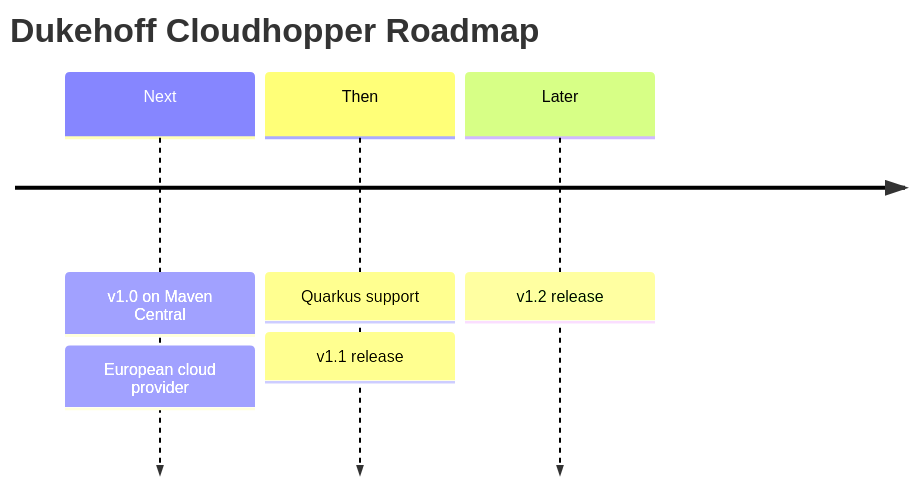
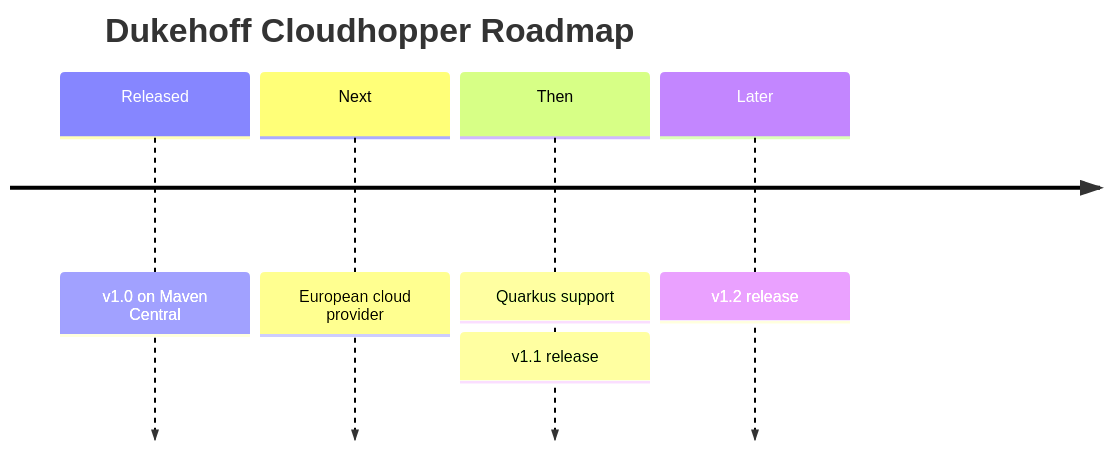
Before and after one commit to dukehoff-gmbh/dukehoff-cloudhopper: the diagram in docs/docs/roadmap.mdx, drawn with Mermaid. The commit also changed 3 other files, not shown here.

First line of the commit message:
Website: 1.0.1 is on Maven Central

````diff
--- a/docs/docs/roadmap.mdx
+++ b/docs/docs/roadmap.mdx
@@ -11,9 +11,9 @@
 ```mermaid
 timeline
   title Dukehoff Cloudhopper Roadmap
-  Next : v1.0 on Maven Central
-       : European cloud provider
+  Released : v1.0 on Maven Central
+  Next : European cloud provider
   Then : Quarkus support
        : v1.1 release
   Later : v1.2 release
 ```
````
